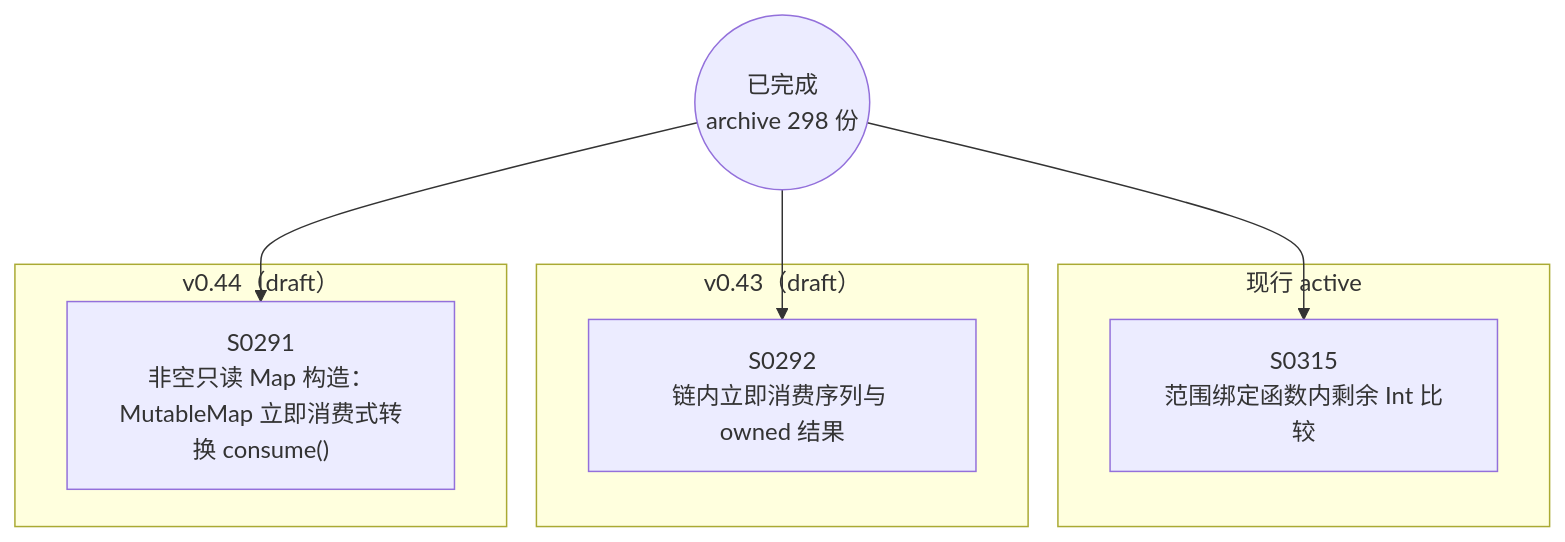
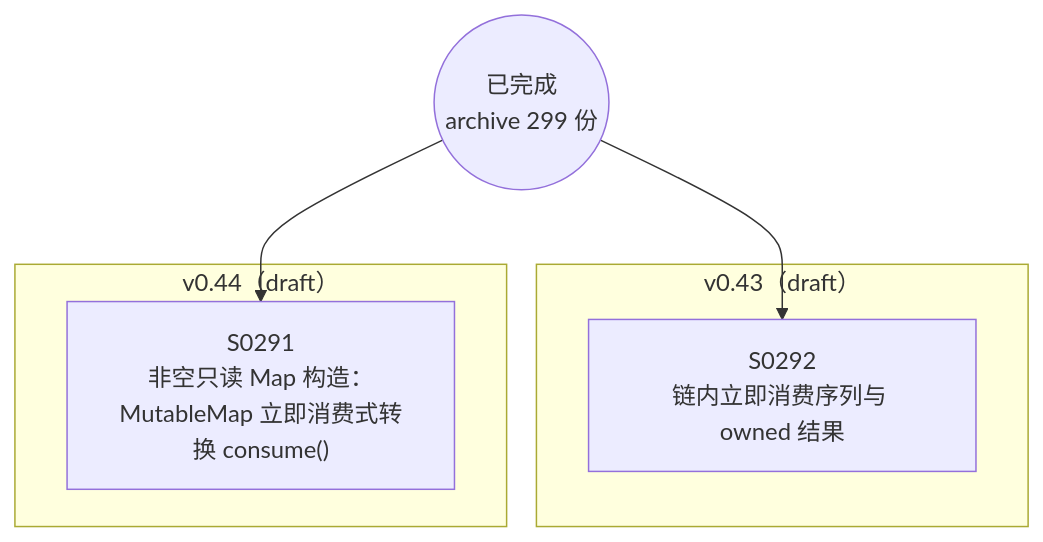
One commit to Halckon/Koven changed the diagram in docs/specs/dependency-graph.md. Above: the diagram before and after it, drawn with Mermaid. The commit also changed other lines of this file and 9 other files, not shown here.

````diff
--- a/docs/specs/dependency-graph.md
+++ b/docs/specs/dependency-graph.md
@@ -9,16 +9,12 @@
 ```mermaid
 flowchart TD
-ARCH(("已完成<br/>archive 298 份"))
-subgraph Gactive["现行 active"]
-  S0315["S0315<br/>范围绑定函数内剩余 Int 比较"]
-end
+ARCH(("已完成<br/>archive 299 份"))
 subgraph Gdrafts_v043["v0.43（draft）"]
   S0292["S0292<br/>链内立即消费序列与 owned 结果"]
 end
 subgraph Gdrafts_v044["v0.44（draft）"]
   S0291["S0291<br/>非空只读 Map 构造：MutableMap 立即消费式转换 consume()"]
 end
 ARCH --> S0291
 ARCH --> S0292
-ARCH --> S0315
 ```
````
